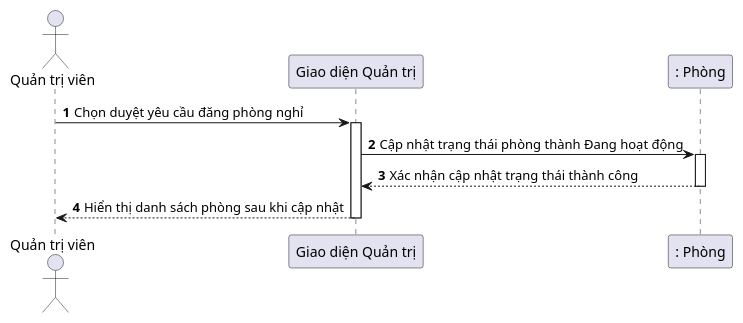
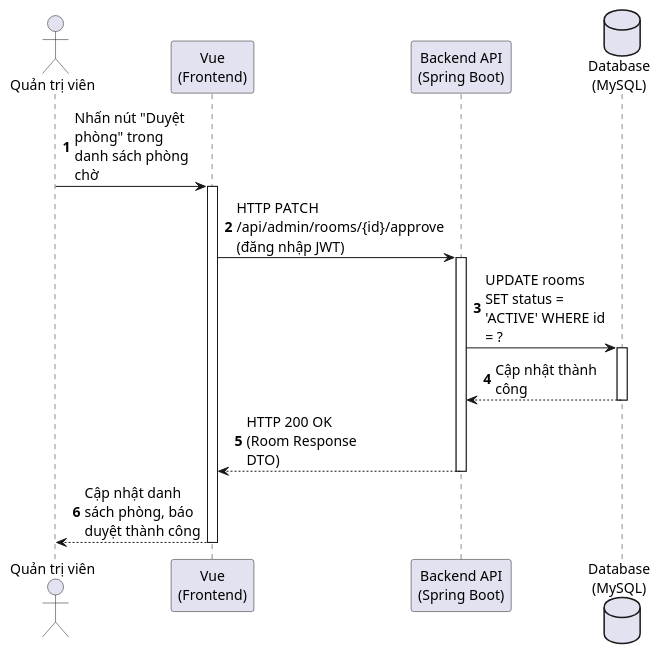
One commit to kienpham23/BuddingHotelStay-frontend changed diagram 12 of 28 in huong_dan_ve_bieu_do.md. Above: the diagram before and after it, drawn with PlantUML. The commit also changed other lines of this file and 16 other files, not shown here.

Commit message:
Cập nhập sửa giao diện

````diff
--- a/huong_dan_ve_bieu_do.md
+++ b/huong_dan_ve_bieu_do.md
@@ -401,19 +423,27 @@
 ```plantuml
 @startuml
 autonumber
+skinparam DefaultFontSize 14
+skinparam MaxMessageSize 120
+skinparam ParticipantPadding 10
+skinparam BoxPadding 10
+
 actor "Quản trị viên" as Admin
-participant "Giao diện Quản trị" as GUI
-participant ": Phòng" as Room
+participant "Vue\n(Frontend)" as Vue
+participant "Backend API\n(Spring Boot)" as API
+database "Database\n(MySQL)" as DB
 
-Admin -> GUI : Chọn duyệt yêu cầu đăng phòng nghỉ
-activate GUI
-
-GUI -> Room : Cập nhật trạng thái phòng thành Đang hoạt động
-activate Room
-Room --> GUI : Xác nhận cập nhật trạng thái thành công
-deactivate Room
-
-GUI --> Admin : Hiển thị danh sách phòng sau khi cập nhật
-deactivate GUI
+Admin -> Vue : Nhấn nút "Duyệt phòng" trong danh sách phòng chờ
+activate Vue
+Vue -> API : HTTP PATCH /api/admin/rooms/{id}/approve (đăng nhập JWT)
+activate API
+API -> DB : UPDATE rooms SET status = 'ACTIVE' WHERE id = ?
+activate DB
+DB --> API : Cập nhật thành công
+deactivate DB
+API --> Vue : HTTP 200 OK (Room Response DTO)
+deactivate API
+Vue --> Admin : Cập nhật danh sách phòng, báo duyệt thành công
+deactivate Vue
 @enduml
 ```
````
